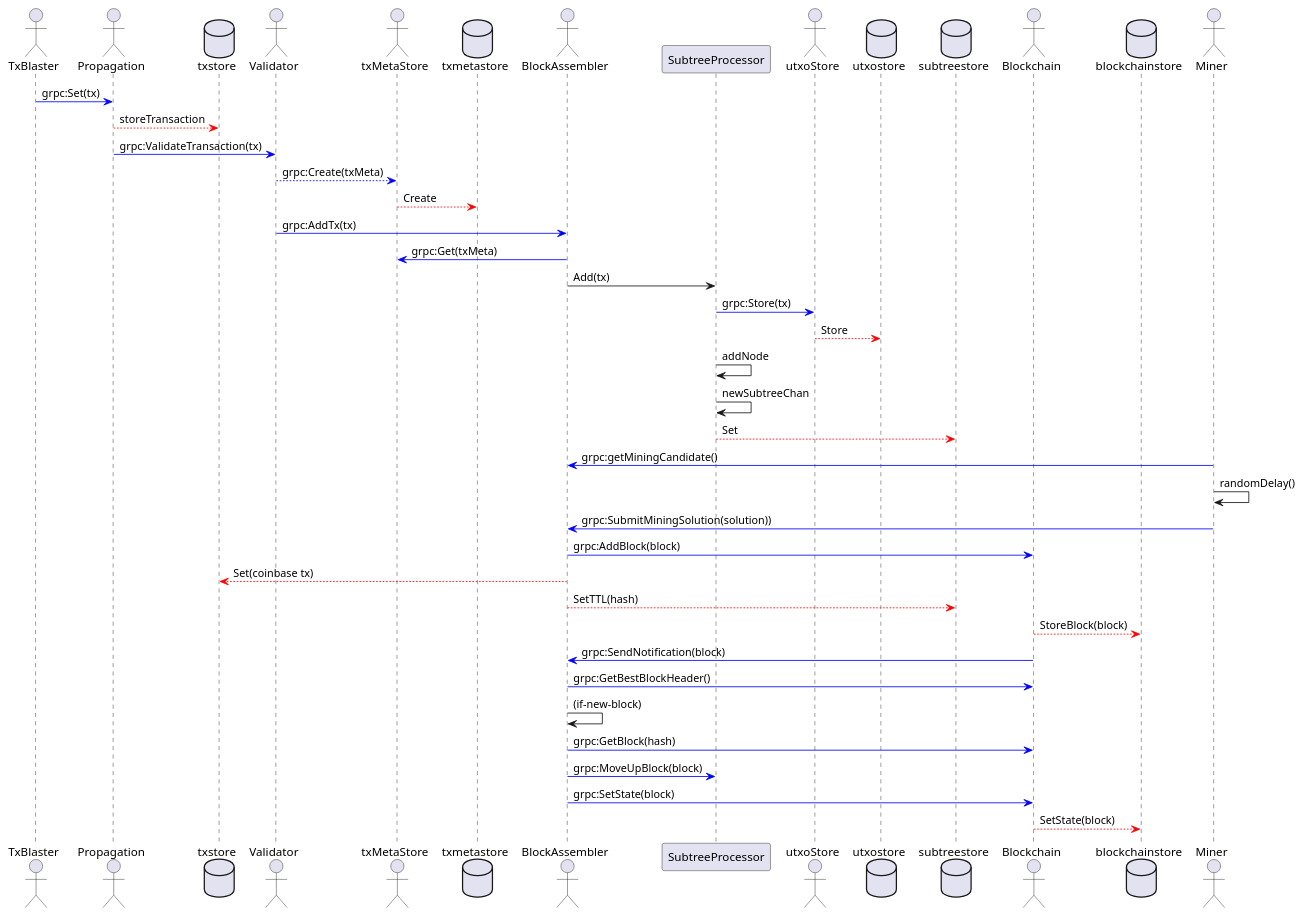
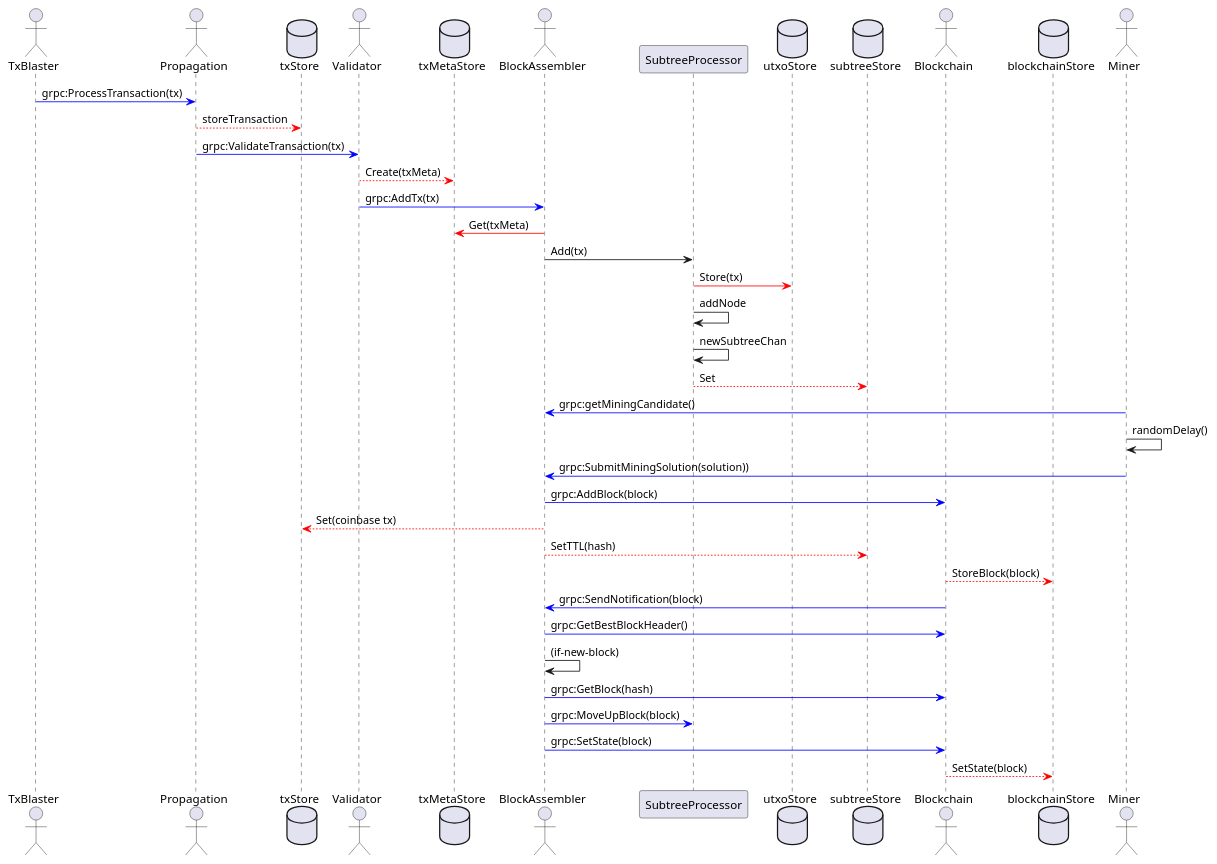
Before and after one commit to freemans13/teranode: the diagram in docs/overview.puml, drawn with PlantUML.

Commit message:
Remove my 'memory store only' confusion

```diff
--- a/docs/overview.puml
+++ b/docs/overview.puml
@@ -1,52 +1,48 @@
 @startuml overview
 actor TxBlaster
 actor Propagation
-database txstore
+database txStore
 actor Validator
-actor txMetaStore
-database txmetastore
+database txMetaStore
 actor BlockAssembler
 participant SubtreeProcessor
-actor utxoStore
-database utxostore
-database subtreestore
+database utxoStore
+database subtreeStore
 Actor Blockchain
-database blockchainstore
+database blockchainStore
 actor Miner
 
-TxBlaster -[#blue]> Propagation : grpc:Set(tx)
-Propagation -[#red]-> txstore: storeTransaction
+TxBlaster -[#blue]> Propagation : grpc:ProcessTransaction(tx)
+Propagation -[#red]-> txStore: storeTransaction
 Propagation -[#blue]> Validator: grpc:ValidateTransaction(tx)
 
-Validator -[#blue]-> txMetaStore: grpc:Create(txMeta)
-txMetaStore -[#red]-> txmetastore: Create
+Validator -[#red]-> txMetaStore: Create(txMeta)
 Validator -[#blue]> BlockAssembler: grpc:AddTx(tx)
 
-BlockAssembler -[#blue]> txMetaStore: grpc:Get(txMeta)
+BlockAssembler -[#red]> txMetaStore: Get(txMeta)
 BlockAssembler -> SubtreeProcessor: Add(tx)
-SubtreeProcessor -[#blue]> utxoStore: grpc:Store(tx)
-utxoStore -[#red]-> utxostore: Store
+SubtreeProcessor -[#red]> utxoStore: Store(tx)
 SubtreeProcessor -> SubtreeProcessor : addNode
 SubtreeProcessor -> SubtreeProcessor : newSubtreeChan
-SubtreeProcessor -[#red]-> subtreestore : Set
+SubtreeProcessor -[#red]-> subtreeStore : Set
 
 
 
 Miner -[#blue]> BlockAssembler : grpc:getMiningCandidate()
 Miner -> Miner : randomDelay()
 Miner -[#blue]> BlockAssembler : grpc:SubmitMiningSolution(solution))
 
 BlockAssembler -[#blue]> Blockchain : grpc:AddBlock(block)
-BlockAssembler -[#red]-> txstore : Set(coinbase tx)
-BlockAssembler -[#red]-> subtreestore : SetTTL(hash)
-Blockchain -[#red]-> blockchainstore : StoreBlock(block)
+BlockAssembler -[#red]-> txStore : Set(coinbase tx)
+BlockAssembler -[#red]-> subtreeStore : SetTTL(hash)
+Blockchain -[#red]-> blockchainStore : StoreBlock(block)
 Blockchain -[#blue]> BlockAssembler : grpc:SendNotification(block)
 BlockAssembler -[#blue]> Blockchain : grpc:GetBestBlockHeader()
 BlockAssembler -> BlockAssembler : (if-new-block)
 BlockAssembler -[#blue]> Blockchain : grpc:GetBlock(hash)
 BlockAssembler -[#blue]> SubtreeProcessor : grpc:MoveUpBlock(block)
 BlockAssembler -[#blue]> Blockchain : grpc:SetState(block)
-Blockchain -[#red]-> blockchainstore : SetState(block)
+Blockchain -[#red]-> blockchainStore : SetState(block)
 
 
 @enduml
```
